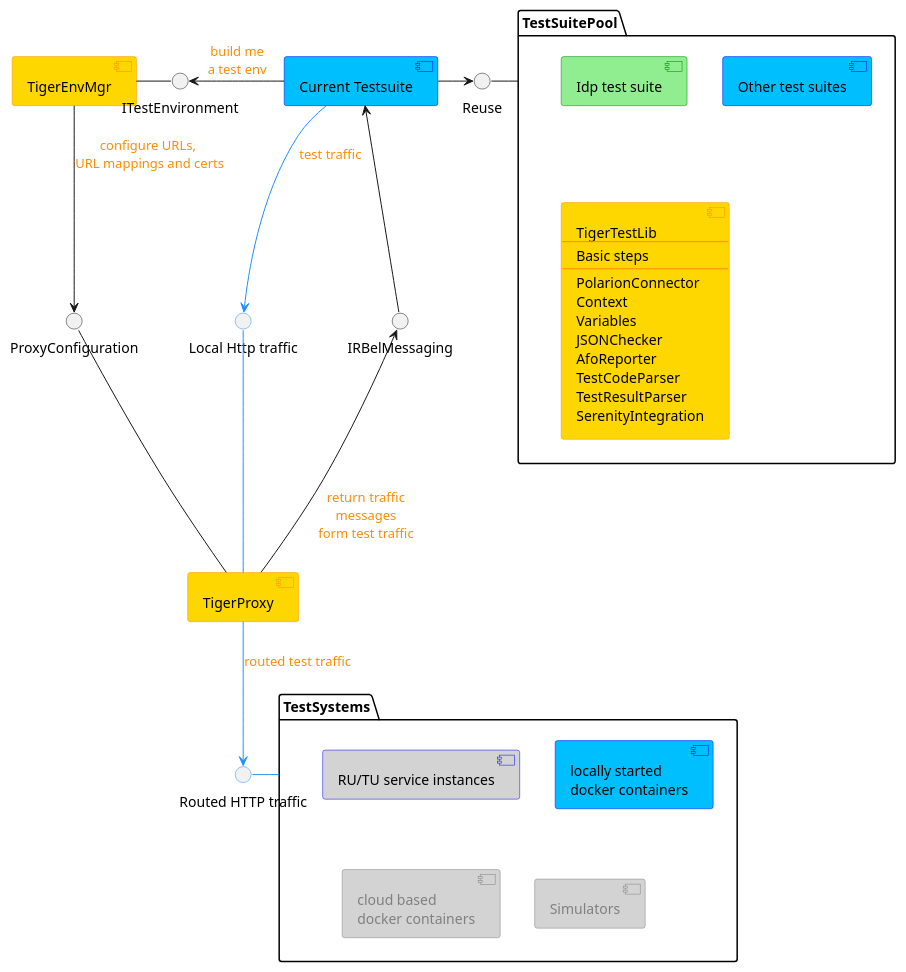
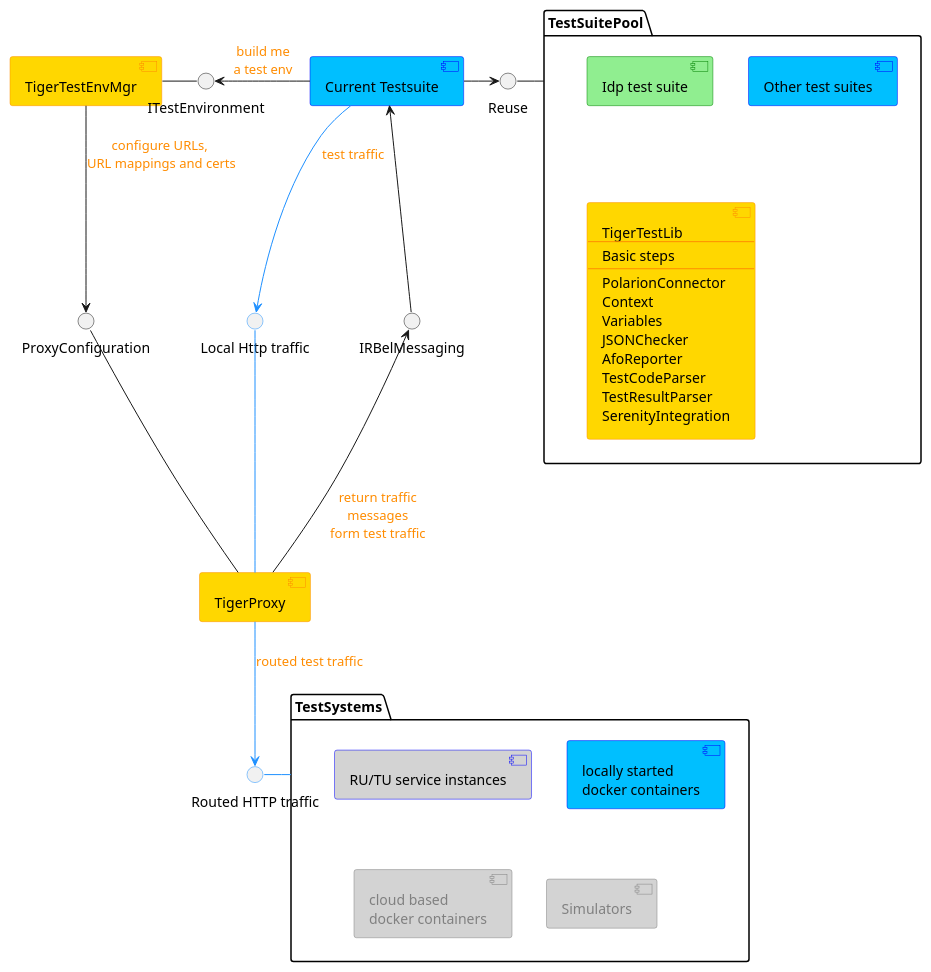
The diagram in doc/specification/tiger_components.puml (gematik/app-Tiger), drawn with PlantUML before and after one commit.

Commit message:
name fix

```diff
--- a/doc/specification/tiger_components.puml
+++ b/doc/specification/tiger_components.puml
@@ -2,103 +2,103 @@
 @startuml
 
 hide stereotype
 
 ' left to right direction
 
 skinparam component {
     BackgroundColor Gold
     BorderColor DarkOrange
     BackgroundColor<<External>> LightGray
     BorderColor<<External>> Blue
     BackgroundColor<<Idp>> LightGreen
     BorderColor<<Idp>> Green
     BackgroundColor<<Other>> DeepSkyBlue
     BorderColor<<Other>> Blue
     BackgroundColor<<NextRelease>> LightGray
     FontColor<<NextRelease>> Gray
     BorderColor<<NextRelease>> Gray
     ArrowColor<<HTTP>> DodgerBlue
     FontColor<<HTTP>> Gray
     ArrowFontColor DarkOrange
     ArrowThickness 1
 }
 
 skinparam interface {
     BorderColor<<HTTP>> DodgerBlue
 }
 
 
 ' left to right direction
 
 ' component TigerServer  <<NextRelease>>
 
 package TestSystems as tsys {
     component "RU/TU service instances" as rutu <<External>>
     component "locally started\ndocker containers" as locdock <<Other>>
 
     component "cloud based\ndocker containers" as clddock <<NextRelease>>
     component "Simulators" as sims <<NextRelease>>
 }
 
-component TigerEnvMgr as tem
+component TigerTestEnvMgr as tem
 component TigerProxy as tp
 
 package TestSuitePool as suites {
     component "Idp test suite" as its <<Idp>>
     component "Other test suites" as ots <<Other>>
     component TigerTestLib [
       TigerTestLib
       ---
       Basic steps
       ---
       PolarionConnector
       Context
       Variables
       JSONChecker
       AfoReporter
       TestCodeParser
       TestResultParser
       SerenityIntegration
     ]
 }
 
 component "Current Testsuite" as tdir <<Other>>
 
 
 
 ' tem
 interface ITestEnvironment as item
 ' tp
 interface "Local Http traffic" as ihttp <<HTTP>>
 interface "ProxyConfiguration" as ipconf
 ' ts
 interface "IRBelMessaging" as irbel
 'tsys
 interface "Routed HTTP traffic" as iroutes <<HTTP>>
 'suites
 ' interface "Steps" as isteps
 ' interface "Helpers" as ihelpers
 interface "Reuse" as ireuse
 
 
 ihttp -down- tp <<HTTP>>
 tdir --> ihttp <<HTTP>> : test traffic
 
 irbel -up-> tdir
 tp -up-> irbel : return traffic\nmessages\nform test traffic
 
 
 iroutes -left- tsys <<HTTP>>
 tp --> iroutes <<HTTP>> : routed test traffic
 
 ipconf -- tp
 tem --> ipconf : configure URLs, \nURL mappings and certs
 
 item -left- tem
 tdir -left-> item : build me\na test env
 
 
 ireuse -left- suites
 tdir -right-> ireuse
 
 @enduml
```
